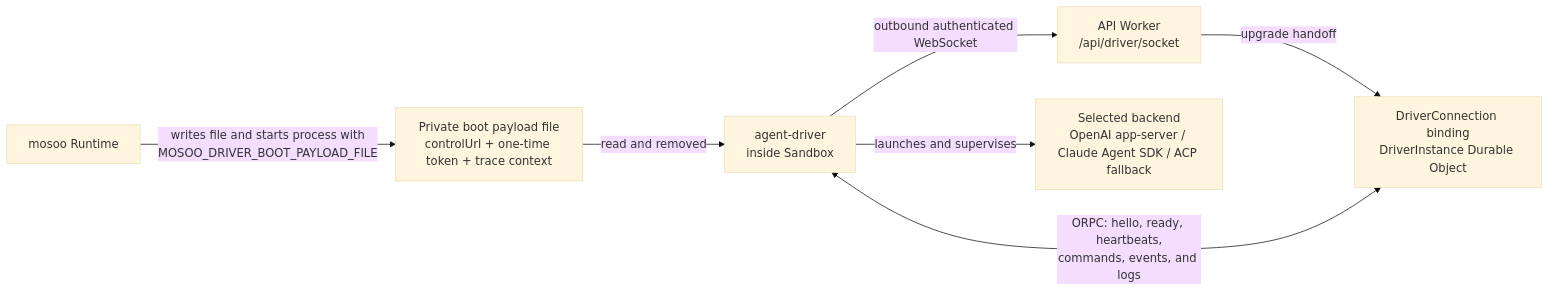
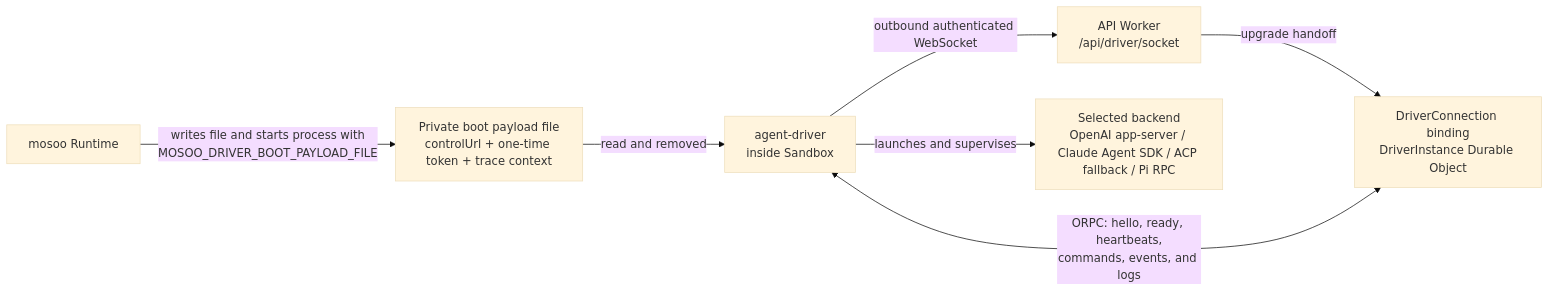
Before and after one commit to langgenius/mosoo-agent-driver: the diagram in README.md, drawn with Mermaid (base theme). The commit also changed other lines of this file and 119 other files, not shown here.

````diff
--- a/README.md
+++ b/README.md
@@ -34,16 +36,16 @@
 ```mermaid
 flowchart LR
     Runtime["mosoo Runtime"]
     Boot["Private boot payload file<br/>controlUrl + one-time token + trace context"]
     Driver["agent-driver<br/>inside Sandbox"]
     Ingress["API Worker<br/>/api/driver/socket"]
     DriverDO["DriverConnection binding<br/>DriverInstance Durable Object"]
-    Backend["Selected backend<br/>OpenAI app-server / Claude Agent SDK / ACP fallback"]
+    Backend["Selected backend<br/>OpenAI app-server / Claude Agent SDK / ACP fallback / Pi RPC"]
 
     Runtime -->|"writes file and starts process with<br/>MOSOO_DRIVER_BOOT_PAYLOAD_FILE"| Boot
     Boot -->|"read and removed"| Driver
     Driver -->|"outbound authenticated WebSocket"| Ingress
     Ingress -->|"upgrade handoff"| DriverDO
     Driver <-->|"ORPC: hello, ready, heartbeats,<br/>commands, events, and logs"| DriverDO
     Driver -->|"launches and supervises"| Backend
 ```
````
